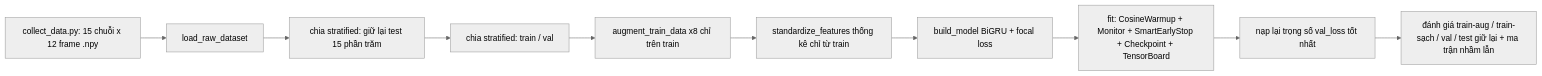
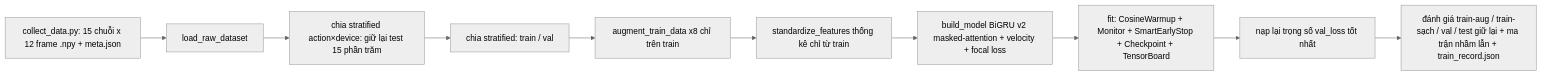
The second of 2 diagrams in PROJECT_ARCHITECTURE.md (TongTaiTrung/vsl-translator), drawn with Mermaid (neutral theme) before and after one commit. The commit also changed other lines of this file and 21 other files, not shown here.

````diff
--- a/PROJECT_ARCHITECTURE.md
+++ b/PROJECT_ARCHITECTURE.md
@@ -279,12 +386,12 @@
 ```mermaid
 flowchart LR
-    A[collect_data.py: 15 chuỗi x 12 frame .npy] --> B[load_raw_dataset]
-    B --> C[chia stratified: giữ lại test 15 phần trăm]
+    A[collect_data.py: 15 chuỗi x 12 frame .npy + meta.json] --> B[load_raw_dataset]
+    B --> C[chia stratified action×device: giữ lại test 15 phần trăm]
     C --> D[chia stratified: train / val]
     D --> E[augment_train_data x8 chỉ trên train]
     E --> F[standardize_features thống kê chỉ từ train]
-    F --> G[build_model BiGRU + focal loss]
+    F --> G[build_model BiGRU v2 masked-attention + velocity + focal loss]
     G --> H[fit: CosineWarmup + Monitor + SmartEarlyStop + Checkpoint + TensorBoard]
     H --> I[nạp lại trọng số val_loss tốt nhất]
-    I --> J[đánh giá train-aug / train-sạch / val / test giữ lại + ma trận nhầm lẫn]
+    I --> J[đánh giá train-aug / train-sạch / val / test giữ lại + ma trận nhầm lẫn + train_record.json]
 ```
````
